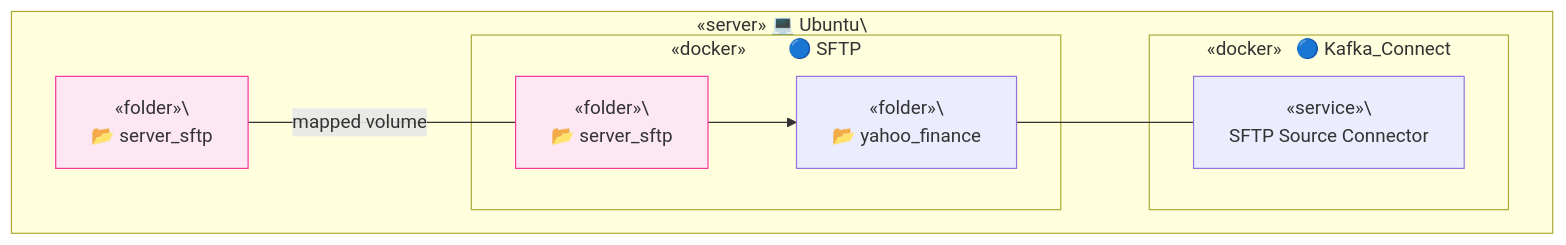
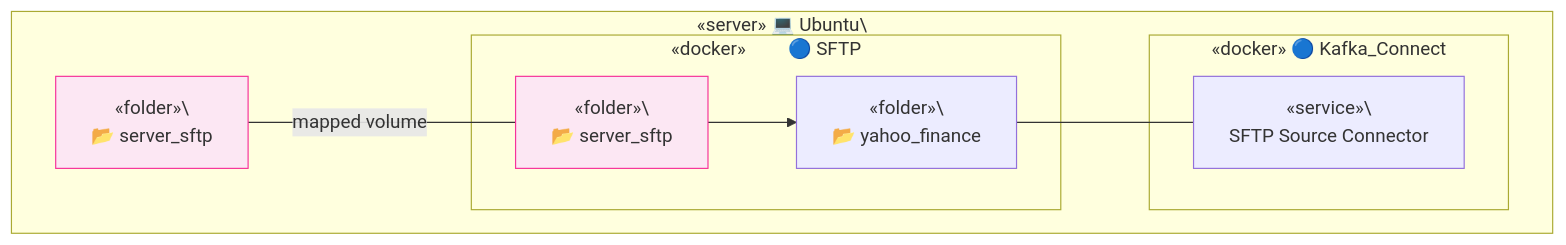
One commit to TrulyDigital/DATA_STREET changed the fifth of 5 diagrams in server_sftp/README.md. Above: the diagram before and after it, drawn with Mermaid.

Commit message:
feat: server-sftp uptade

````diff
--- a/server_sftp/README.md
+++ b/server_sftp/README.md
@@ -96,24 +96,24 @@
 ```mermaid
 graph TD
     subgraph Container_A [«server» 💻 Ubuntu\<br/>]
         A1[«folder»\<br/> 📂 server_sftp]
         A1:::note_a1
 
         subgraph Container_B [«docker»&nbsp;&nbsp;&nbsp;&nbsp;&nbsp;&nbsp;&nbsp;&nbsp;&nbsp;🔵 SFTP]
             B1[«folder»\<br/> 📂 server_sftp]
             B1:::note_b1
             B2[«folder»\<br/> 📂 yahoo_finance]
         end
 
-        subgraph Container_C [«docker»&nbsp;&nbsp;&nbsp;🔵 Kafka_Connect]
+        subgraph Container_C [«docker» 🔵 Kafka_Connect]
             C1[«service»\<br/> SFTP Source Connector]
         end
 
         A1 -- mapped volume --- B1
         B1 --> B2
         B2 --- C1
 
         classDef note_a1 fill:#fce7f3,stroke:#f6339a,stroke-width:1px;
         classDef note_b1 fill:#fce7f3,stroke:#f6339a,stroke-width:1px;
     end
 ```
````
